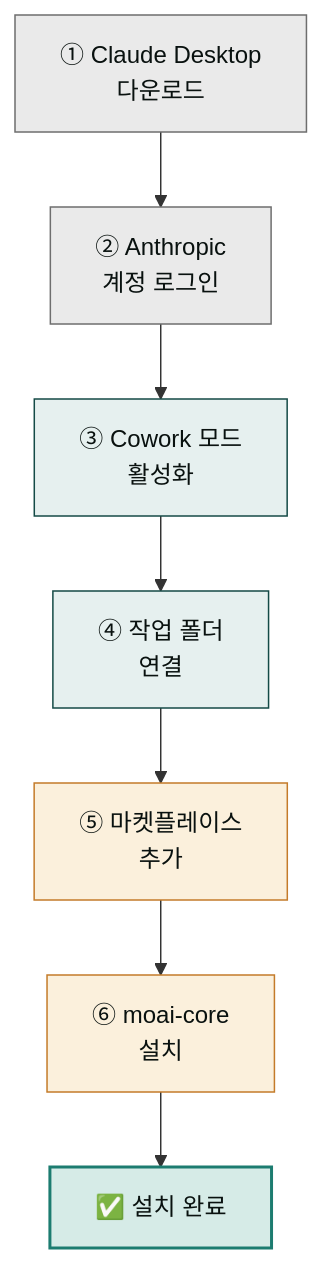
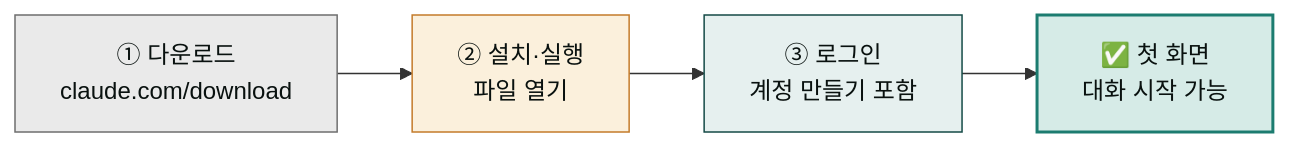
Before and after one commit to modu-ai/claude: the diagram in www/content/getting-started/install.md, drawn with Mermaid. The commit also changed other lines of this file and 51 other files, not shown here.

````diff
--- a/www/content/getting-started/install.md
+++ b/www/content/getting-started/install.md
@@ -15,17 +11,11 @@
 ```mermaid
-flowchart TD
-    A["① Claude Desktop<br/>다운로드"] --> B["② Anthropic<br/>계정 로그인"]
-    B --> C["③ Cowork 모드<br/>활성화"]
-    C --> D["④ 작업 폴더<br/>연결"]
-    D --> E["⑤ 마켓플레이스<br/>추가"]
-    E --> F["⑥ moai-core<br/>설치"]
-    F --> G["✅ 설치 완료"]
+flowchart LR
+    A["① 다운로드<br/>claude.com/download"] --> B["② 설치·실행<br/>파일 열기"]
+    B --> C["③ 로그인<br/>계정 만들기 포함"]
+    C --> D["✅ 첫 화면<br/>대화 시작 가능"]
 
     style A fill:#eaeaea,stroke:#6e6e6e,color:#09110f
-    style B fill:#eaeaea,stroke:#6e6e6e,color:#09110f
+    style B fill:#fbf0dc,stroke:#c47b2a,color:#09110f
     style C fill:#e6f0ef,stroke:#144a46,color:#09110f
-    style D fill:#e6f0ef,stroke:#144a46,color:#09110f
-    style E fill:#fbf0dc,stroke:#c47b2a,color:#09110f
-    style F fill:#fbf0dc,stroke:#c47b2a,color:#09110f
-    style G fill:#d6ebe7,stroke:#1c7c70,stroke-width:2px,color:#09110f
+    style D fill:#d6ebe7,stroke:#1c7c70,stroke-width:2px,color:#09110f
 ```
````
